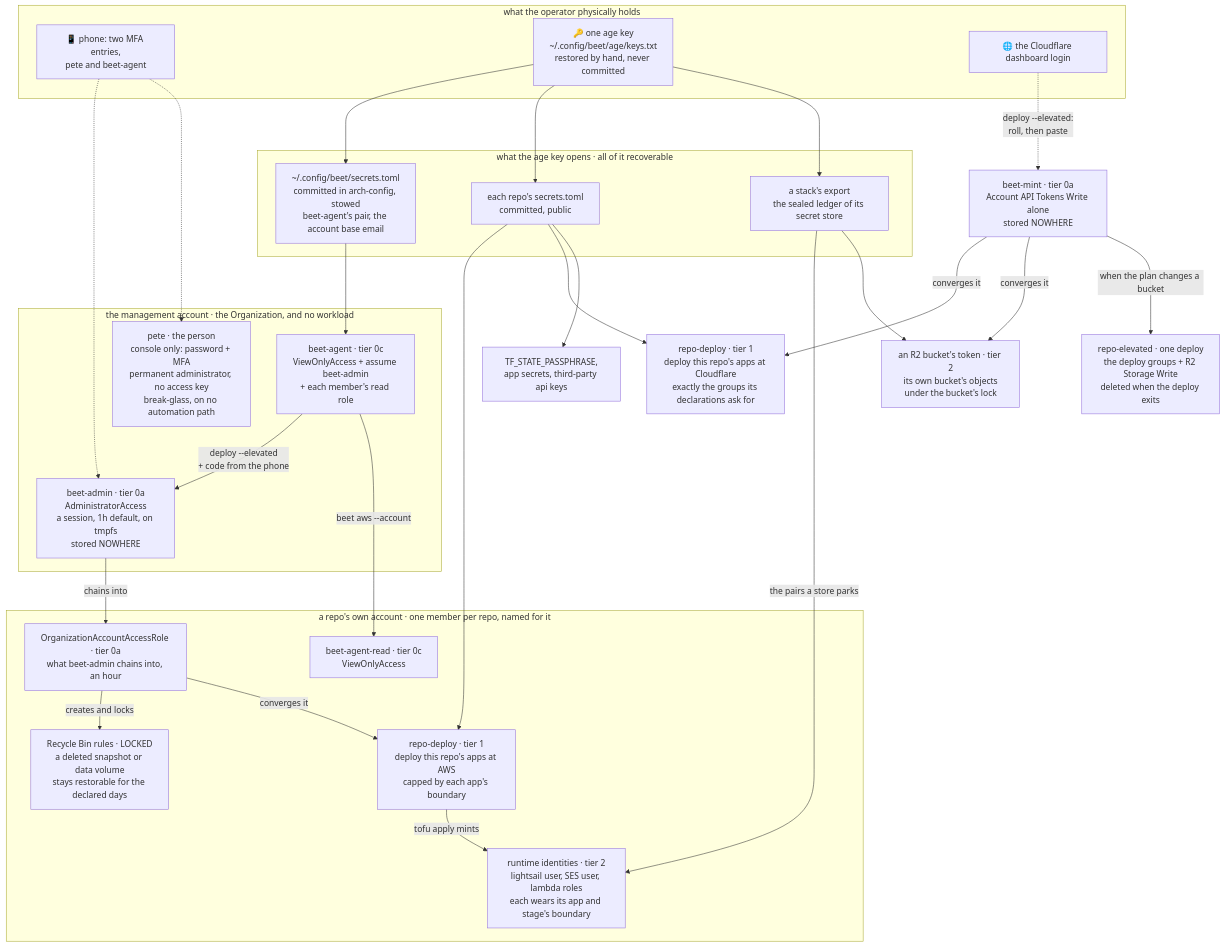
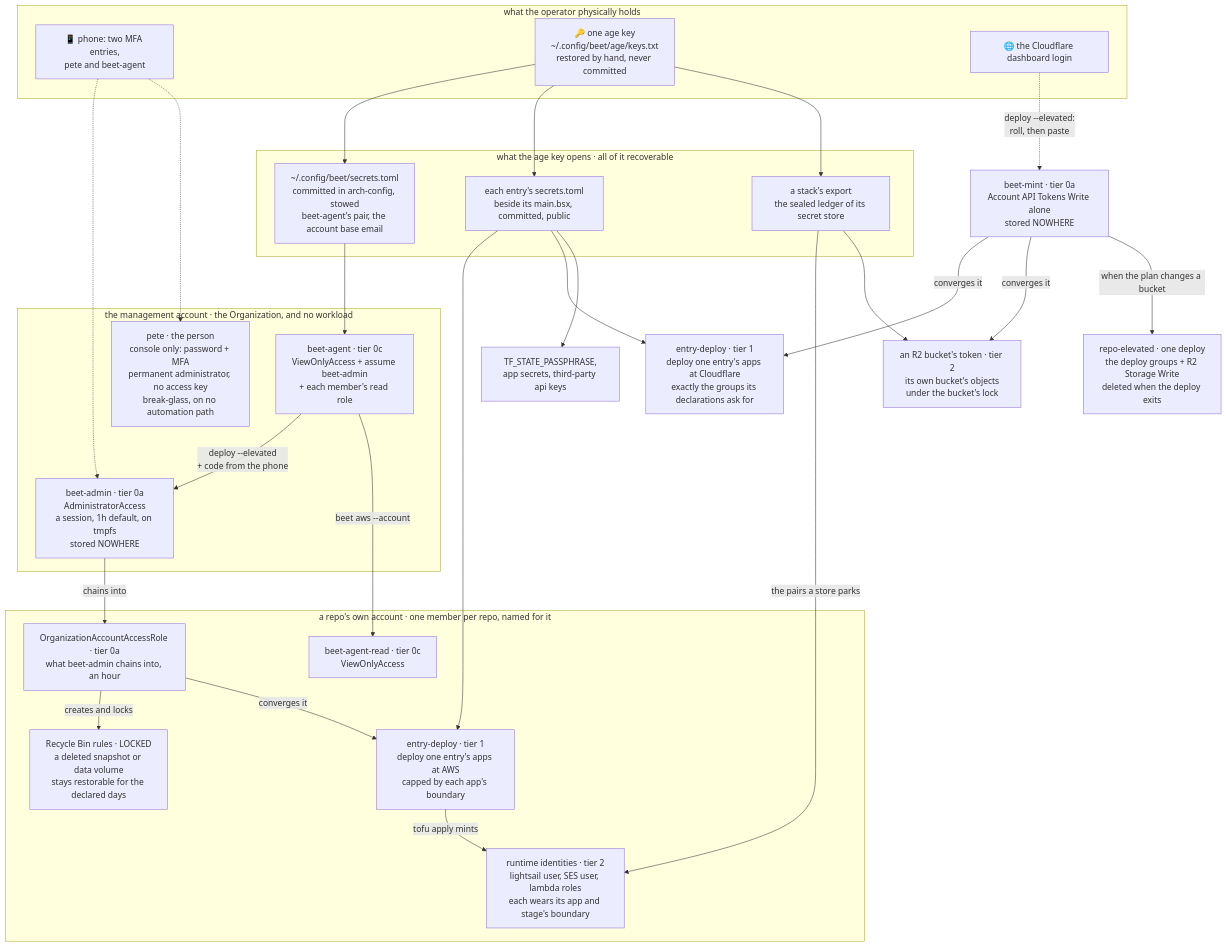
Before and after one commit to mrchantey/beet: the diagram in site/routes/docs/secrets.md, drawn with Mermaid. The commit also changed other lines of this file and 25 other files, not shown here.

````diff
--- a/site/routes/docs/secrets.md
+++ b/site/routes/docs/secrets.md
@@ -406,54 +406,54 @@
 ```mermaid
 flowchart TB
     subgraph you["what the operator physically holds"]
         phone["📱 phone: two MFA entries,<br/>pete and beet-agent"]
         age["🔑 one age key<br/>~/.config/beet/age/keys.txt<br/>restored by hand, never committed"]
         login["🌐 the Cloudflare dashboard login"]
     end
 
     subgraph sealed["what the age key opens · all of it recoverable"]
         global["~/.config/beet/secrets.toml<br/>committed in arch-config, stowed<br/>beet-agent's pair, the account base email"]
-        repo["each repo's secrets.toml<br/>committed, public"]
+        repo["each entry's secrets.toml<br/>beside its main.bsx, committed, public"]
         ledger["a stack's export<br/>the sealed ledger of its secret store"]
     end
 
     age --> global
     age --> repo
     age --> ledger
 
     subgraph management["the management account · the Organization, and no workload"]
         agent["beet-agent · tier 0c<br/>ViewOnlyAccess + assume beet-admin<br/>+ each member's read role"]
         admin["beet-admin · tier 0a<br/>AdministratorAccess<br/>a session, 1h default, on tmpfs<br/>stored NOWHERE"]
         pete["pete · the person<br/>console only: password + MFA<br/>permanent administrator, no access key<br/>break-glass, on no automation path"]
     end
 
     subgraph member["a repo's own account · one member per repo, named for it"]
         read["beet-agent-read · tier 0c<br/>ViewOnlyAccess"]
         orgrole["OrganizationAccountAccessRole · tier 0a<br/>what beet-admin chains into, an hour"]
-        deploy["repo-deploy · tier 1<br/>deploy this repo's apps at AWS<br/>capped by each app's boundary"]
+        deploy["entry-deploy · tier 1<br/>deploy one entry's apps at AWS<br/>capped by each app's boundary"]
         runtime["runtime identities · tier 2<br/>lightsail user, SES user, lambda roles<br/>each wears its app and stage's boundary"]
         rbin["Recycle Bin rules · LOCKED<br/>a deleted snapshot or data volume<br/>stays restorable for the declared days"]
     end
 
     global --> agent
     repo --> deploy
-    repo --> cfdeploy["repo-deploy · tier 1<br/>deploy this repo's apps at Cloudflare<br/>exactly the groups its declarations ask for"]
+    repo --> cfdeploy["entry-deploy · tier 1<br/>deploy one entry's apps at Cloudflare<br/>exactly the groups its declarations ask for"]
     repo --> other["TF_STATE_PASSPHRASE,<br/>app secrets, third-party api keys"]
 
     agent -->|"deploy --elevated<br/>+ code from the phone"| admin
     phone -.-> admin
     agent -->|"beet aws --account"| read
     admin -->|"chains into"| orgrole
     orgrole -->|"creates and locks"| rbin
     orgrole -->|"converges it"| deploy
     login -.->|"deploy --elevated:<br/>roll, then paste"| mint["beet-mint · tier 0a<br/>Account API Tokens Write alone<br/>stored NOWHERE"]
 
     deploy -->|"tofu apply mints"| runtime
     mint -->|"converges it"| cfdeploy
     mint -->|"converges it"| bucket["an R2 bucket's token · tier 2<br/>its own bucket's objects<br/>under the bucket's lock"]
     mint -->|"when the plan changes a bucket"| elevated["repo-elevated · one deploy<br/>the deploy groups + R2 Storage Write<br/>deleted when the deploy exits"]
     ledger -->|"the pairs a store parks"| runtime
     ledger --> bucket
 
     phone -.-> pete
 ```
````
